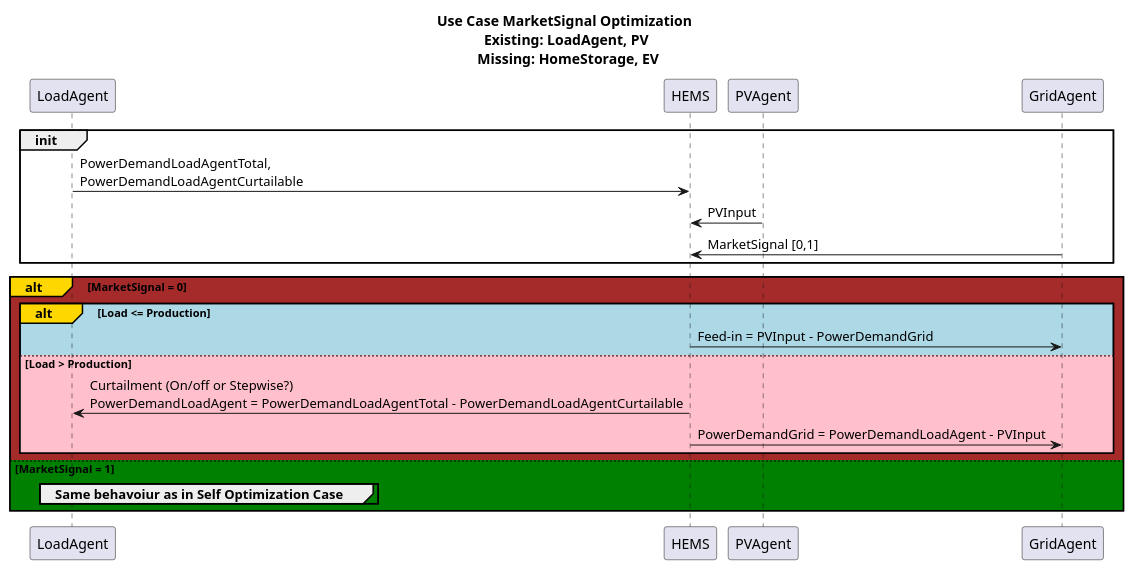
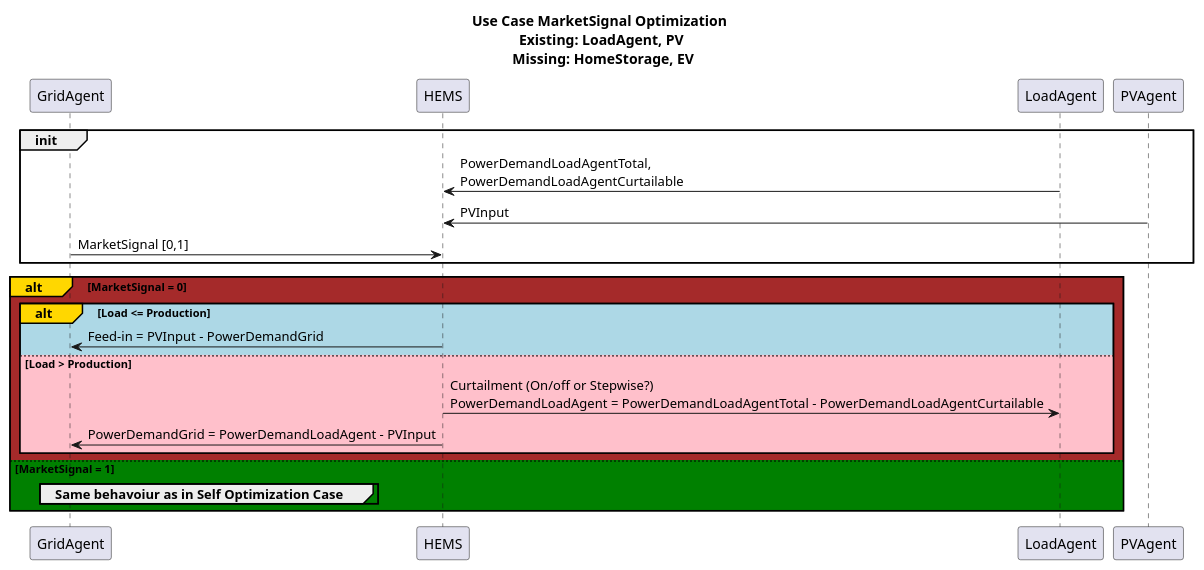
One commit to ie3-institute/simona changed the diagram in docs/uml/protocol/HEMS_Control/HemsControlMarketSignalLoadPv.puml. Above: the diagram before and after it, drawn with PlantUML. The commit also changed 6 other files, not shown here.

Commit message:
Harmonize Order of Agents in Sequence Diagramm Init Process of Agents Process diagram of new trigger First draft of documentation

```diff
--- a/docs/uml/protocol/HEMS_Control/HemsControlMarketSignalLoadPv.puml
+++ b/docs/uml/protocol/HEMS_Control/HemsControlMarketSignalLoadPv.puml
@@ -1,20 +1,24 @@
 @startuml
 title Use Case MarketSignal Optimization \n Existing: LoadAgent, PV \n Missing: HomeStorage, EV
+participant GridAgent
+participant HEMS
+participant LoadAgent
+participant PVAgent
 group init
 LoadAgent -> HEMS: PowerDemandLoadAgentTotal,\nPowerDemandLoadAgentCurtailable
 PVAgent -> HEMS: PVInput
 GridAgent -> HEMS: MarketSignal [0,1] /'0 == Energy expensive , 1 == Energy cheap'/
 end
 alt#Gold #Brown MarketSignal = 0
     alt#Gold #LightBlue Load <= Production
         HEMS -> GridAgent: Feed-in = PVInput - PowerDemandGrid
     else #Pink Load > Production
         HEMS -> LoadAgent: Curtailment (On/off or Stepwise?) \nPowerDemandLoadAgent = PowerDemandLoadAgentTotal - PowerDemandLoadAgentCurtailable
         HEMS -> GridAgent: PowerDemandGrid = PowerDemandLoadAgent - PVInput
     end
 else #Green MarketSignal = 1
 group Same behavoiur as in Self Optimization Case
 end
 end
 
 @enduml
```
